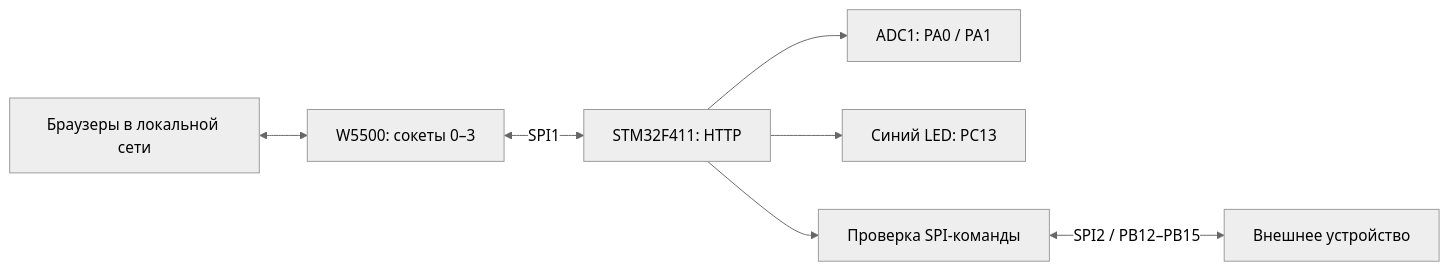
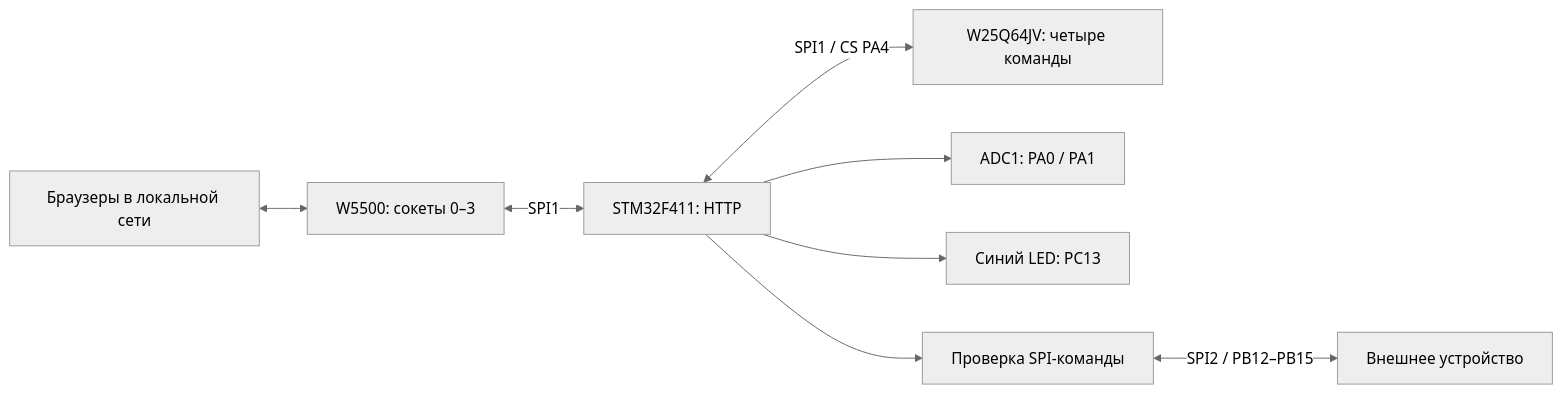
One commit to TheGreatTemplar/STM32F411-W5500 changed the diagram in documentation/ARCHITECTURE.md. Above: the diagram before and after it, drawn with Mermaid (neutral theme). The commit also changed other lines of this file and 25 other files, not shown here.

````diff
--- a/documentation/ARCHITECTURE.md
+++ b/documentation/ARCHITECTURE.md
@@ -3,9 +3,10 @@
 ```mermaid
 flowchart LR
     Browsers[Браузеры в локальной сети] <--> W5500[W5500: сокеты 0–3]
     W5500 <-->|SPI1| Server[STM32F411: HTTP]
+    Server <-->|SPI1 / CS PA4| Flash[W25Q64JV: четыре команды]
     Server --> ADC[ADC1: PA0 / PA1]
     Server --> LED[Синий LED: PC13]
     Server --> Console[Проверка SPI-команды]
     Console <-->|SPI2 / PB12–PB15| Device[Внешнее устройство]
 ```
````
